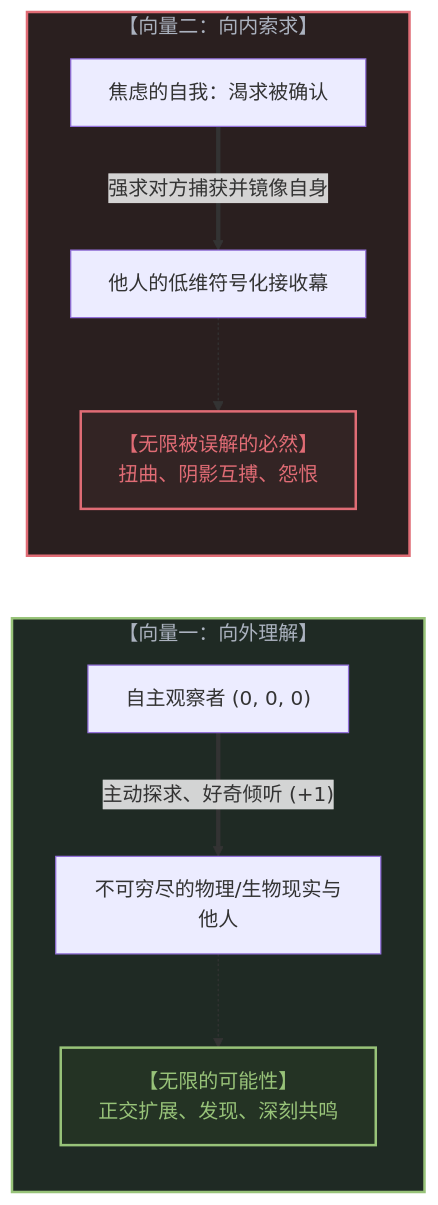
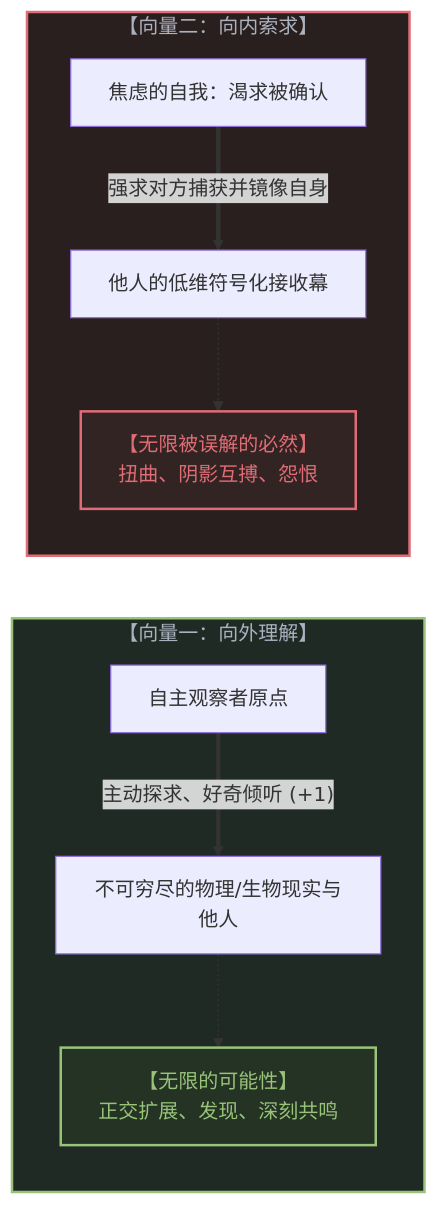
Before and after one commit to powerpig99/not-a-toe: the first of 8 diagrams in content/posts/the-asymmetry-of-understanding.md, drawn with Mermaid. The commit also changed other lines of this file and 15 other files, not shown here.

````diff
--- a/content/posts/the-asymmetry-of-understanding.md
+++ b/content/posts/the-asymmetry-of-understanding.md
@@ -16,23 +16,23 @@
 ```mermaid
 graph LR
     subgraph OutwardVector["【向量一：向外理解】"]
-        SelfActive["自主观察者 (0, 0, 0)"]
+        SelfActive["自主观察者原点"]
         World["不可穷尽的物理/生物现实与他人"]
         SelfActive ==>|"主动探求、好奇倾听 (+1)"| World
         ResultA["【无限的可能性】<br>正交扩展、发现、深刻共鸣"]
         World -.-> ResultA
     end
 
     subgraph InwardVector["【向量二：向内索求】"]
         SelfPassive["焦虑的自我：渴求被确认"]
         OtherScreen["他人的低维符号化接收幕"]
         SelfPassive ==>|"强求对方捕获并镜像自身"| OtherScreen
         ResultB["【无限被误解的必然】<br>扭曲、阴影互搏、怨恨"]
         OtherScreen -.-> ResultB
     end
 
     style OutwardVector fill:#1f2a24,stroke:#98c379,stroke-width:2px,color:#abb2bf
     style InwardVector fill:#2a1f1f,stroke:#e06c75,stroke-width:2px,color:#abb2bf
     style ResultA fill:#243324,stroke:#98c379,stroke-width:2px,color:#98c379
     style ResultB fill:#332424,stroke:#e06c75,stroke-width:2px,color:#e06c75
 ```
````
